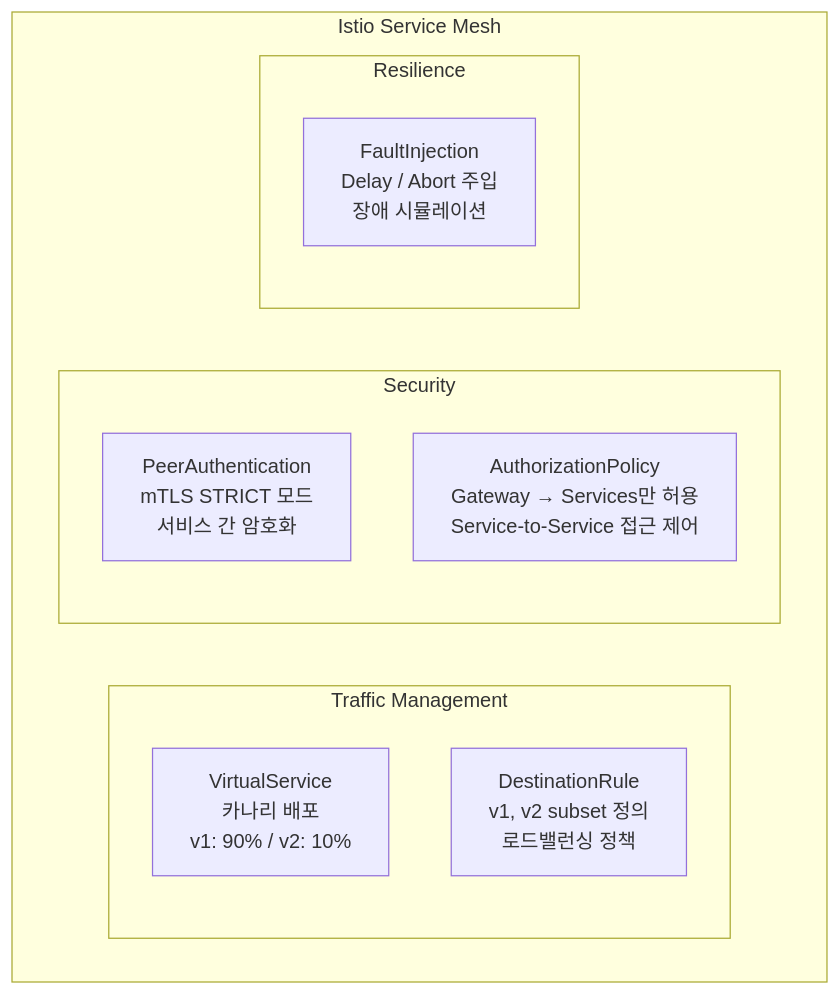
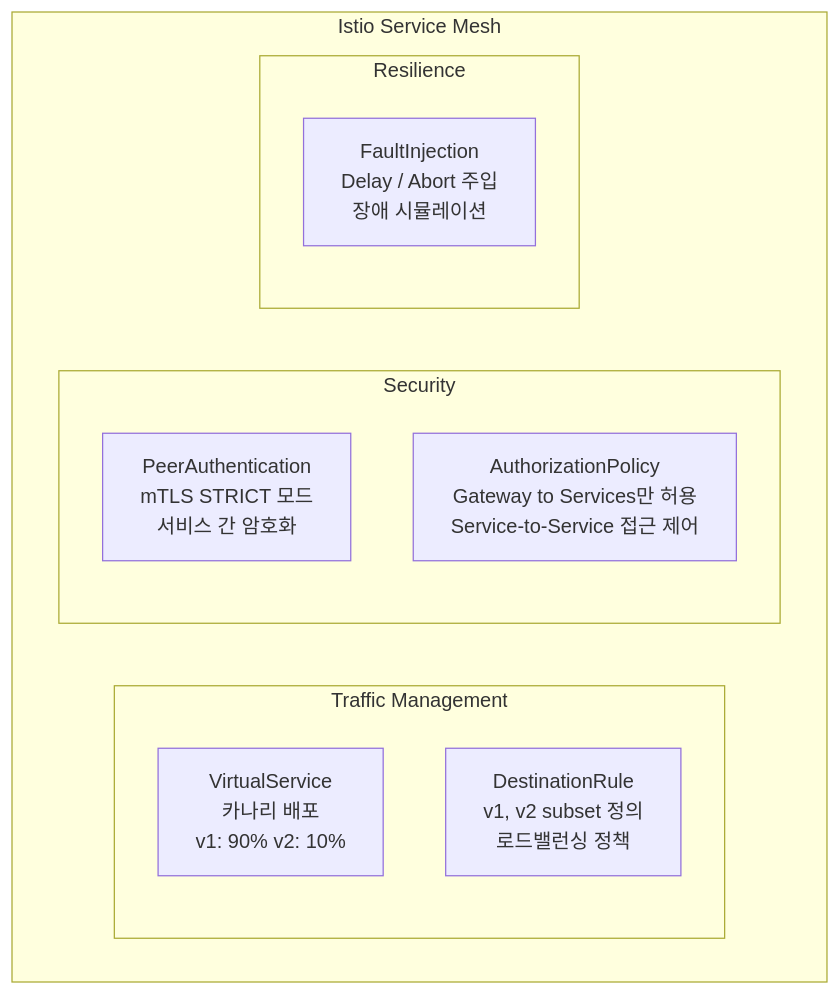
Before and after one commit to janghoesoo1/pact-conference-demo-phase1: diagram 15 of 23 in docs/ARCHITECTURE.md, drawn with Mermaid. The commit also changed other lines of this file and 6 other files, not shown here.

````diff
--- a/docs/ARCHITECTURE.md
+++ b/docs/ARCHITECTURE.md
@@ -1071,18 +1063,18 @@
 ```mermaid
 graph TB
     subgraph "Istio Service Mesh"
         subgraph "Traffic Management"
-            VS["VirtualService\n카나리 배포\nv1: 90% / v2: 10%"]
-            DR["DestinationRule\nv1, v2 subset 정의\n로드밸런싱 정책"]
+            VS["VirtualService<br/>카나리 배포<br/>v1: 90% v2: 10%"]
+            DR["DestinationRule<br/>v1, v2 subset 정의<br/>로드밸런싱 정책"]
         end
 
         subgraph "Security"
-            PA["PeerAuthentication\nmTLS STRICT 모드\n서비스 간 암호화"]
-            AP["AuthorizationPolicy\nGateway → Services만 허용\nService-to-Service 접근 제어"]
+            PA["PeerAuthentication<br/>mTLS STRICT 모드<br/>서비스 간 암호화"]
+            AP["AuthorizationPolicy<br/>Gateway to Services만 허용<br/>Service-to-Service 접근 제어"]
         end
 
         subgraph "Resilience"
-            FI["FaultInjection\nDelay / Abort 주입\n장애 시뮬레이션"]
+            FI["FaultInjection<br/>Delay / Abort 주입<br/>장애 시뮬레이션"]
         end
     end
 ```
````
